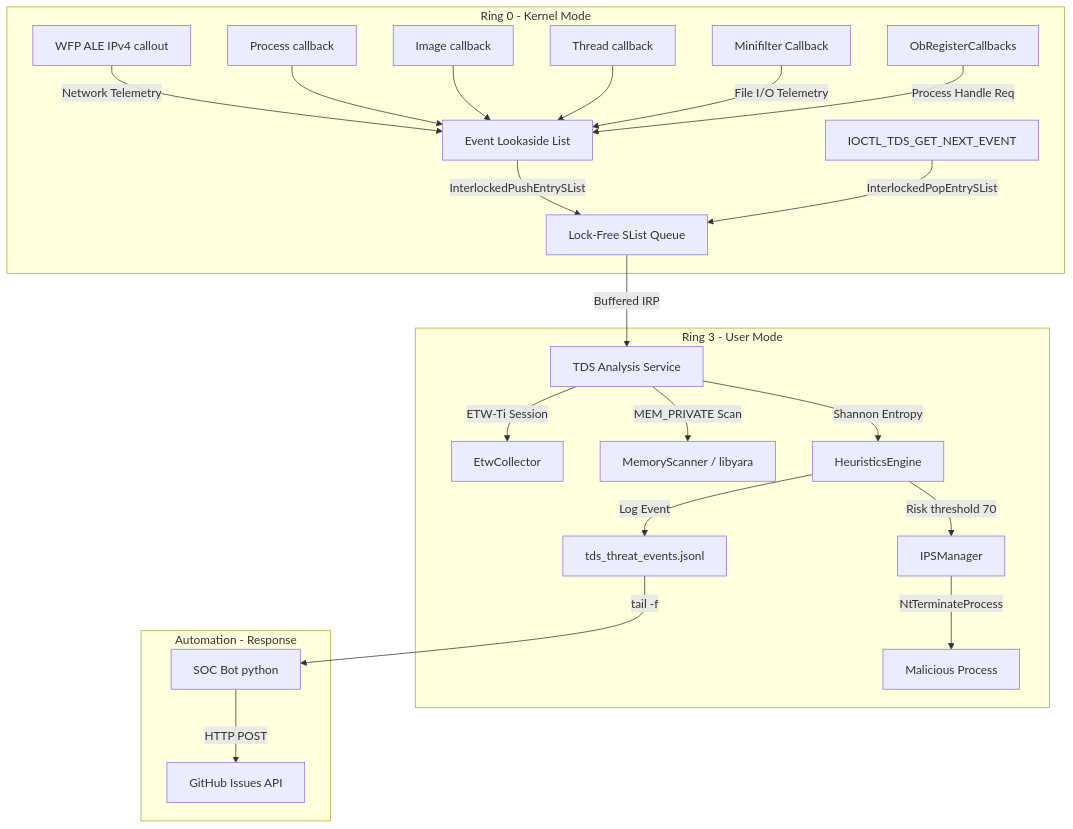
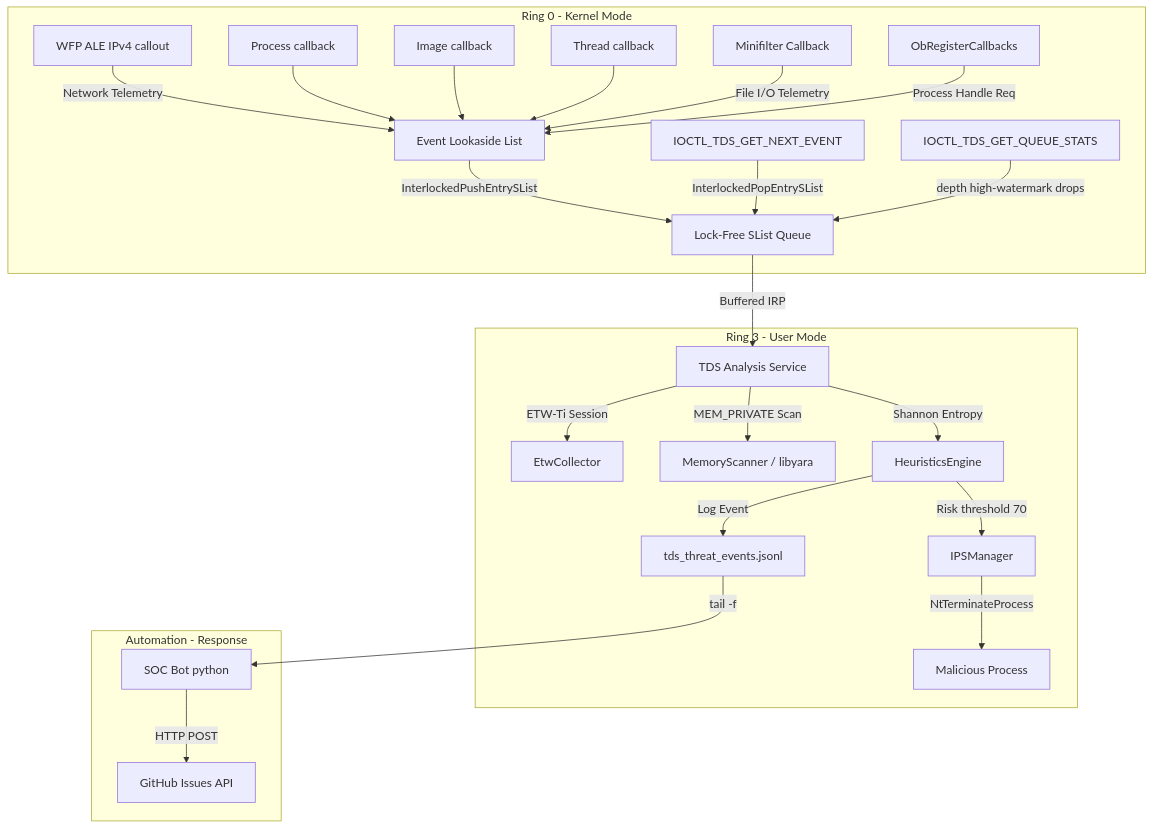
Before and after one commit to genesisgzdev/threat-detection-suite: the diagram in README.md, drawn with Mermaid. The commit also changed other lines of this file and 4 other files, not shown here.

````diff
--- a/README.md
+++ b/README.md
@@ -20,28 +20,29 @@
 ```mermaid
 graph TD
     subgraph KERNEL["Ring 0 - Kernel Mode"]
         WFP[WFP ALE IPv4 callout] --> |Network Telemetry| EL[Event Lookaside List];
         PROC[Process callback] --> EL;
         IMG[Image callback] --> EL;
         THR[Thread callback] --> EL;
         MF[Minifilter Callback] --> |File I/O Telemetry| EL;
         OB[ObRegisterCallbacks] --> |Process Handle Req| EL;
         EL --> |InterlockedPushEntrySList| SList[Lock-Free SList Queue];
         IOCTL[IOCTL_TDS_GET_NEXT_EVENT] --> |InterlockedPopEntrySList| SList;
+        STATS[IOCTL_TDS_GET_QUEUE_STATS] --> |depth high-watermark drops| SList;
     end
 
     subgraph USER["Ring 3 - User Mode"]
         SList --> |Buffered IRP| Svc[TDS Analysis Service];
         Svc --> |ETW-Ti Session| ETW[EtwCollector];
         Svc --> |MEM_PRIVATE Scan| YARA[MemoryScanner / libyara];
         Svc --> |Shannon Entropy| Heuristics[HeuristicsEngine];
         Heuristics --> |Risk threshold 70| IPS[IPSManager];
         IPS --> |NtTerminateProcess| Threat[Malicious Process];
         Heuristics --> |Log Event| Log[tds_threat_events.jsonl];
     end
     
     subgraph RESPONSE["Automation - Response"]
         Log --> |tail -f| Bot[SOC Bot python];
         Bot --> |HTTP POST| GitHub[GitHub Issues API];
     end
 ```
````
